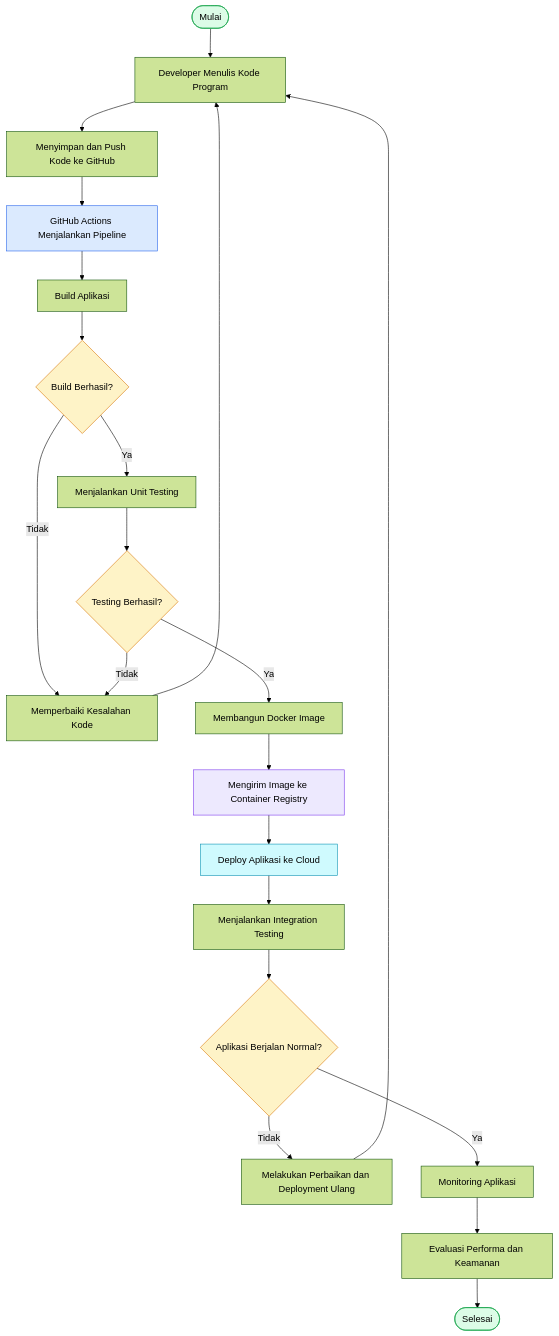
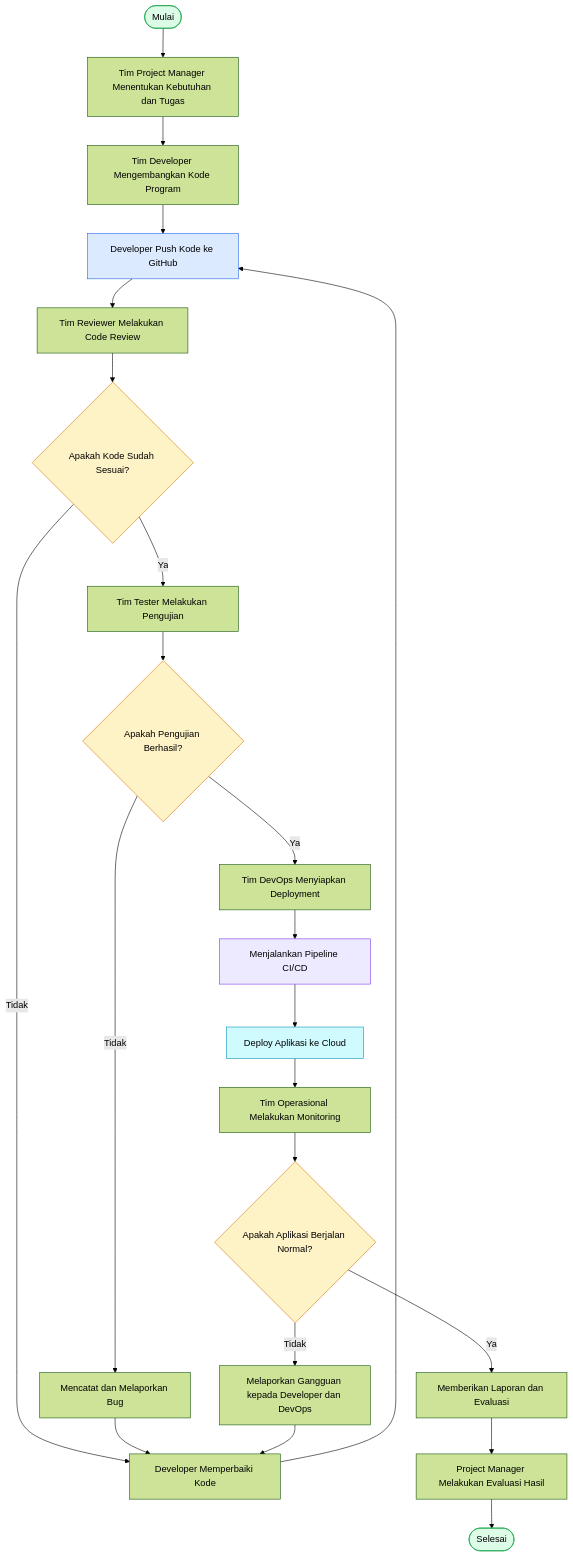
One commit to Yeni006/Diagram-Arsitektur-Cloud-Digital-Kampus changed the diagram in README.md. Above: the diagram before and after it, drawn with Mermaid (forest theme). The commit also changed other lines of this file, not shown here.

Commit message:
Update CI/CD diagram to reflect DevOps collaboration

````diff
--- a/README.md
+++ b/README.md
@@ -4,39 +4,39 @@
 ```mermaid
 flowchart TD
-    A([Mulai]) --> B["Developer Menulis Kode Program"]
-    B --> C["Menyimpan dan Push Kode ke GitHub"]
-    C --> D["GitHub Actions Menjalankan Pipeline"]
-    
-    D --> E["Build Aplikasi"]
-    E --> F{"Build Berhasil?"}
+    A([Mulai]) --> B["Tim Project Manager Menentukan Kebutuhan dan Tugas"]
+    B --> C["Tim Developer Mengembangkan Kode Program"]
+    C --> D["Developer Push Kode ke GitHub"]
+    D --> E["Tim Reviewer Melakukan Code Review"]
 
-    F -- "Tidak" --> G["Memperbaiki Kesalahan Kode"]
-    G --> B
+    E --> F{"Apakah Kode Sudah Sesuai?"}
+    F -- "Tidak" --> G["Developer Memperbaiki Kode"]
+    G --> D
 
-    F -- "Ya" --> H["Menjalankan Unit Testing"]
-    H --> I{"Testing Berhasil?"}
+    F -- "Ya" --> H["Tim Tester Melakukan Pengujian"]
+    H --> I{"Apakah Pengujian Berhasil?"}
 
-    I -- "Tidak" --> G
-    I -- "Ya" --> J["Membangun Docker Image"]
+    I -- "Tidak" --> J["Mencatat dan Melaporkan Bug"]
+    J --> G
 
-    J --> K["Mengirim Image ke Container Registry"]
-    K --> L["Deploy Aplikasi ke Cloud"]
-    L --> M["Menjalankan Integration Testing"]
-    M --> N{"Aplikasi Berjalan Normal?"}
+    I -- "Ya" --> K["Tim DevOps Menyiapkan Deployment"]
+    K --> L["Menjalankan Pipeline CI/CD"]
+    L --> M["Deploy Aplikasi ke Cloud"]
+    M --> N["Tim Operasional Melakukan Monitoring"]
 
-    N -- "Tidak" --> O["Melakukan Perbaikan dan Deployment Ulang"]
-    O --> B
+    N --> O{"Apakah Aplikasi Berjalan Normal?"}
+    O -- "Tidak" --> P["Melaporkan Gangguan kepada Developer dan DevOps"]
+    P --> G
 
-    N -- "Ya" --> P["Monitoring Aplikasi"]
-    P --> Q["Evaluasi Performa dan Keamanan"]
-    Q --> R([Selesai])
+    O -- "Ya" --> Q["Memberikan Laporan dan Evaluasi"]
+    Q --> R["Project Manager Melakukan Evaluasi Hasil"]
+    R --> S([Selesai])
 
     style A fill:#dcfce7,stroke:#16a34a,color:#000
-    style R fill:#dcfce7,stroke:#16a34a,color:#000
+    style S fill:#dcfce7,stroke:#16a34a,color:#000
     style F fill:#fef3c7,stroke:#d97706,color:#000
     style I fill:#fef3c7,stroke:#d97706,color:#000
-    style N fill:#fef3c7,stroke:#d97706,color:#000
+    style O fill:#fef3c7,stroke:#d97706,color:#000
     style D fill:#dbeafe,stroke:#2563eb,color:#000
-    style K fill:#ede9fe,stroke:#7c3aed,color:#000
-    style L fill:#cffafe,stroke:#0891b2,color:#000
+    style L fill:#ede9fe,stroke:#7c3aed,color:#000
+    style M fill:#cffafe,stroke:#0891b2,color:#000
 ```
````
